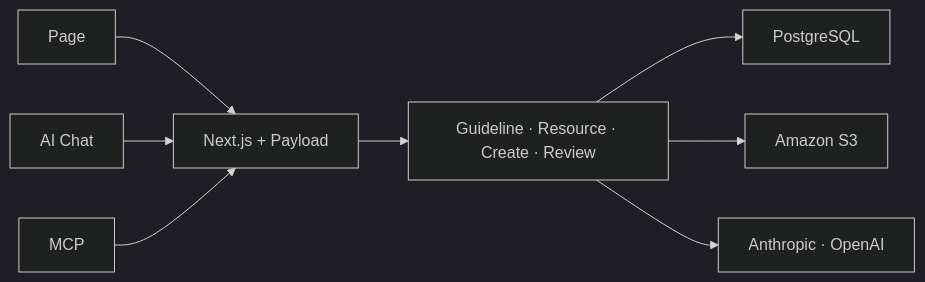
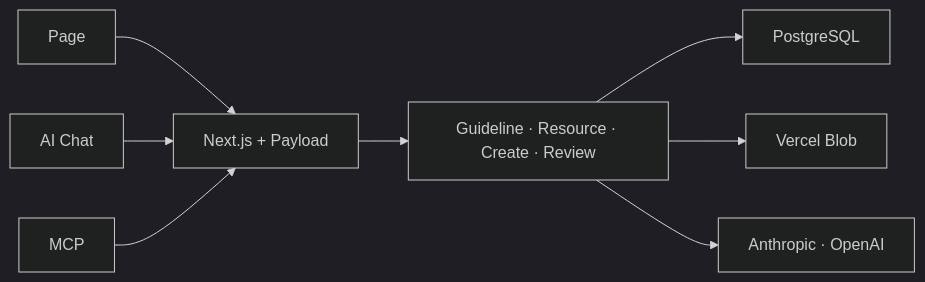
Before and after one commit to Living-Brand-System/living-brand-system: the diagram in README.md, drawn with Mermaid (dark theme). The commit also changed other lines of this file and 9 other files, not shown here.

````diff
--- a/README.md
+++ b/README.md
@@ -56,10 +56,10 @@
 ```mermaid
 flowchart LR
   Page["Page"] --> App["Next.js + Payload"]
   Chat["AI Chat"] --> App
   MCP["MCP"] --> App
   App --> Features["Guideline · Resource · Create · Review"]
   Features --> DB["PostgreSQL"]
-  Features --> Storage["Amazon S3"]
+  Features --> Storage["Vercel Blob"]
   Features --> AI["Anthropic · OpenAI"]
 ```
````
